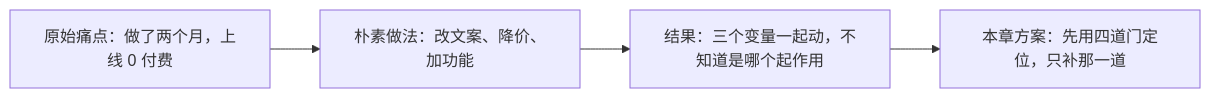
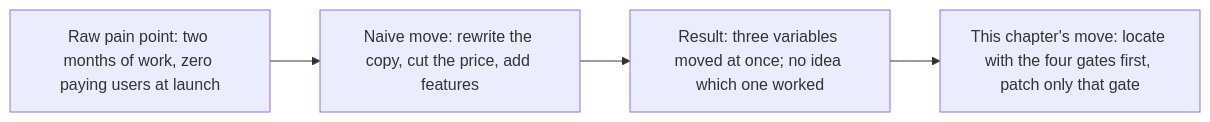
One commit to xzlxiao/vibe-coding-textbook changed the first of 2 diagrams in phase5/chapters/ch01-can-run-not-can-charge.md. Above: the diagram before and after it, drawn with Mermaid. The commit also changed other lines of this file and 10 other files, not shown here.

````diff
--- a/phase5/chapters/ch01-can-run-not-can-charge.md
+++ b/phase5/chapters/ch01-can-run-not-can-charge.md
@@ -39,6 +39,6 @@
 ```mermaid
 flowchart LR
-    P["原始痛点：做了两个月，上线 0 付费"] --> N["朴素做法：改文案、降价、加功能"]
-    N --> F["结果：三个变量一起动，不知道是哪个起作用"]
-    F --> S["本章方案：先用四道门定位，只补那一道"]
+    P["Raw pain point: two months of work, zero paying users at launch"] --> N["Naive move: rewrite the copy, cut the price, add features"]
+    N --> F["Result: three variables moved at once; no idea which one worked"]
+    F --> S["This chapter's move: locate with the four gates first, patch only that gate"]
 ```
````
